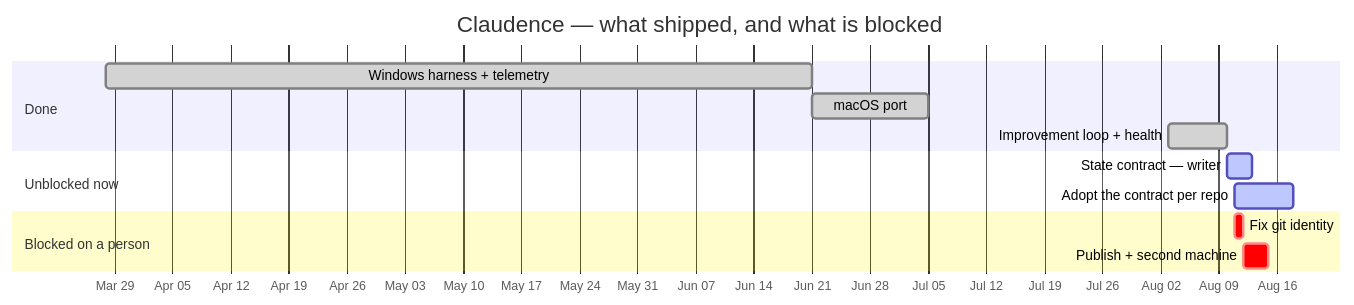
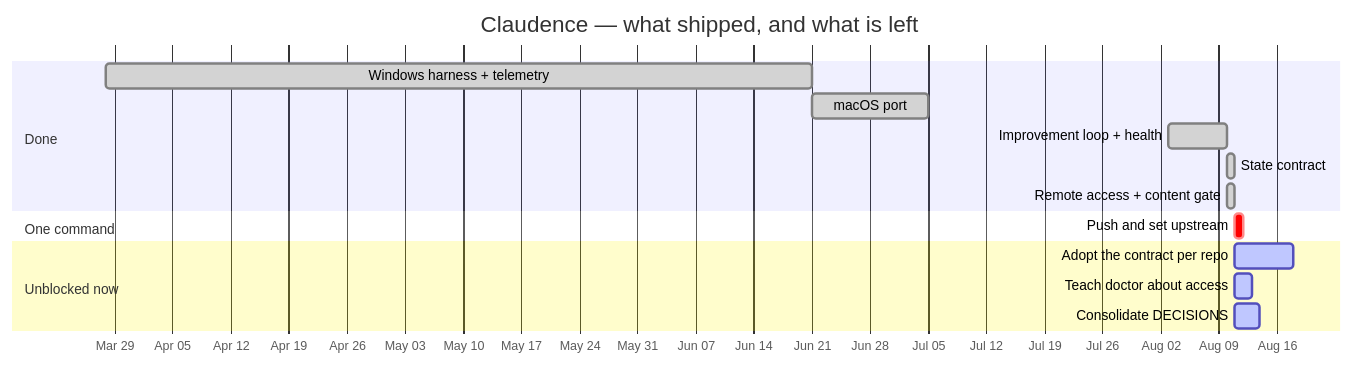
The third of 3 diagrams in docs/STATE.md (sibulus13/claudence), drawn with Mermaid before and after one commit. The commit also changed other lines of this file, not shown here.

````diff
--- a/docs/STATE.md
+++ b/docs/STATE.md
@@ -83,19 +97,21 @@
 ```mermaid
 gantt
-  title Claudence — what shipped, and what is blocked
+  title Claudence — what shipped, and what is left
   dateFormat YYYY-MM-DD
   axisFormat %b %d
 
   section Done
   Windows harness + telemetry  :done, win, 2026-03-28, 2026-06-21
   macOS port                   :done, port, 2026-06-21, 14d
   Improvement loop + health    :done, loop, 2026-08-03, 2026-08-10
+  State contract               :done, sc, 2026-08-10, 1d
+  Remote access + content gate :done, gate, 2026-08-10, 1d
+
+  section One command
+  Push and set upstream        :crit, pub, 2026-08-11, 1d
 
   section Unblocked now
-  State contract — writer      :active, wr, 2026-08-10, 3d
   Adopt the contract per repo  :active, ad, 2026-08-11, 7d
-
-  section Blocked on a person
-  Fix git identity             :crit, id, 2026-08-11, 1d
-  Publish + second machine     :crit, pub, after id, 3d
+  Teach doctor about access    :active, dr, 2026-08-11, 2d
+  Consolidate DECISIONS        :active, dec, 2026-08-11, 3d
 ```
````
